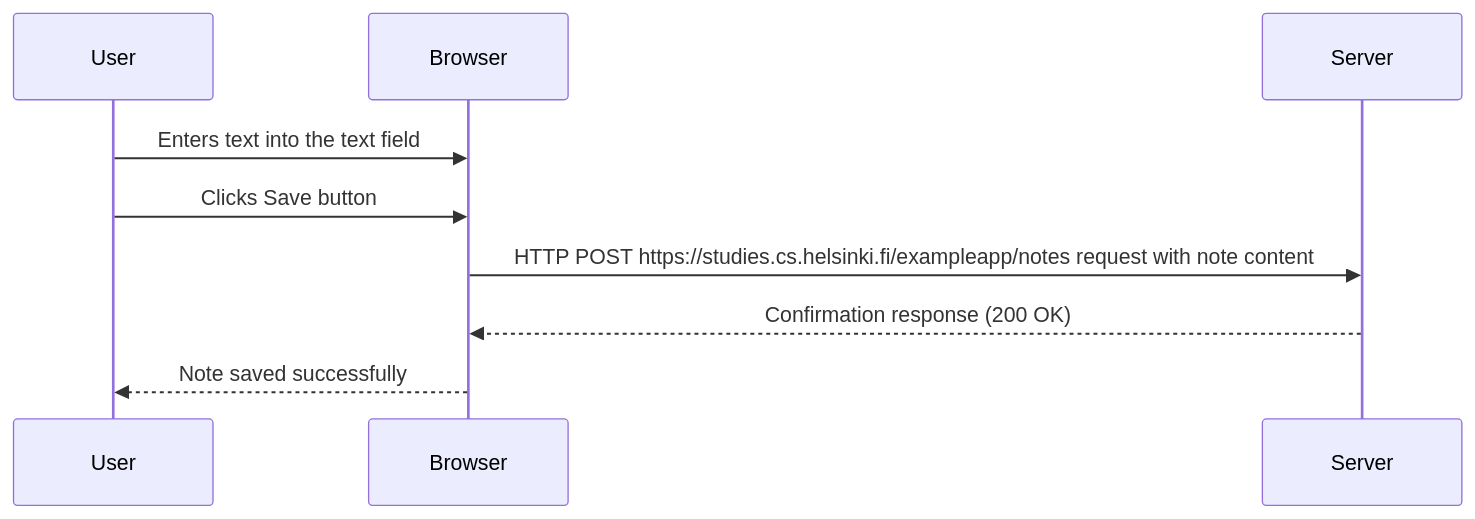
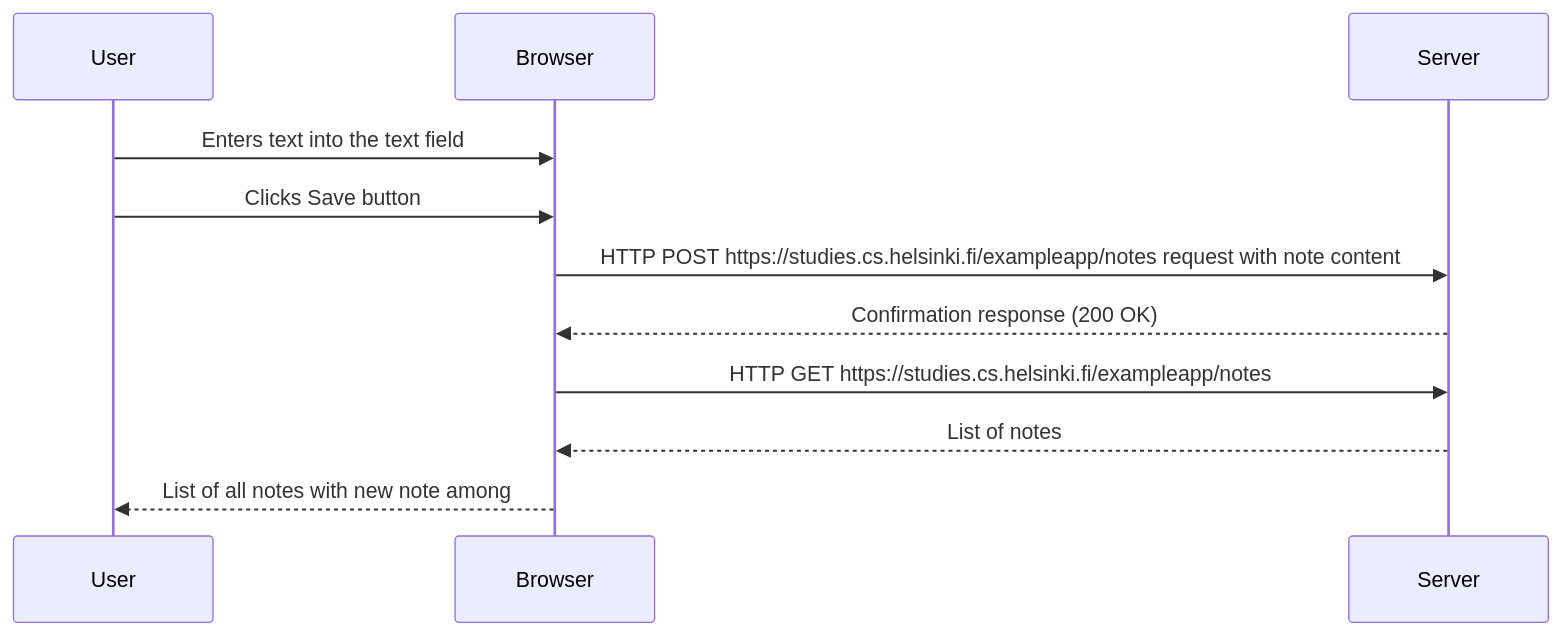
One commit to paskaeu25/fs-open changed the diagram in part0/exercises/note-diagram/diagram.md. Above: the diagram before and after it, drawn with Mermaid.

Commit message:
edited diagram

````diff
--- a/part0/exercises/note-diagram/diagram.md
+++ b/part0/exercises/note-diagram/diagram.md
@@ -1,11 +1,13 @@
 ```mermaid
 sequenceDiagram
     participant User
     participant Browser
     participant Server
     User->>Browser: Enters text into the text field
     User->>Browser: Clicks Save button
     Browser->>Server: HTTP POST https://studies.cs.helsinki.fi/exampleapp/notes request with note content
     Server-->>Browser: Confirmation response (200 OK)
-    Browser-->>User: Note saved successfully
+    Browser->>Server: HTTP GET https://studies.cs.helsinki.fi/exampleapp/notes
+    Server-->>Browser: List of notes
+    Browser-->>User: List of all notes with new note among
 ```
````
